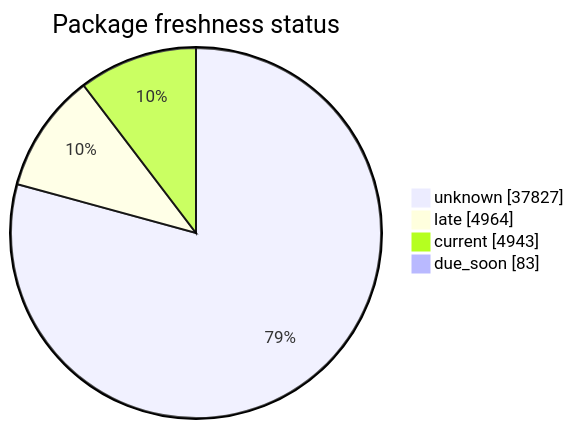
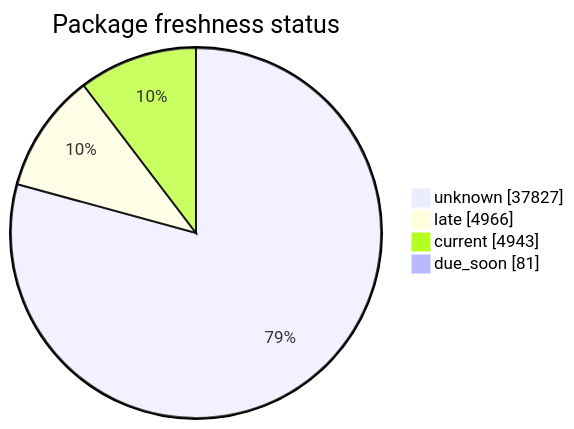
The second of 5 diagrams in FreshCheck/README.md (open-data/analytics-corporate-reporting), drawn with Mermaid before and after one commit. The commit also changed other lines of this file and 3 other files, not shown here.

````diff
--- a/FreshCheck/README.md
+++ b/FreshCheck/README.md
@@ -68,7 +68,7 @@
 ```mermaid
 pie showData title Package freshness status
     "unknown": 37827
-    "late": 4964
+    "late": 4966
     "current": 4943
-    "due_soon": 83
+    "due_soon": 81
 ```
````
